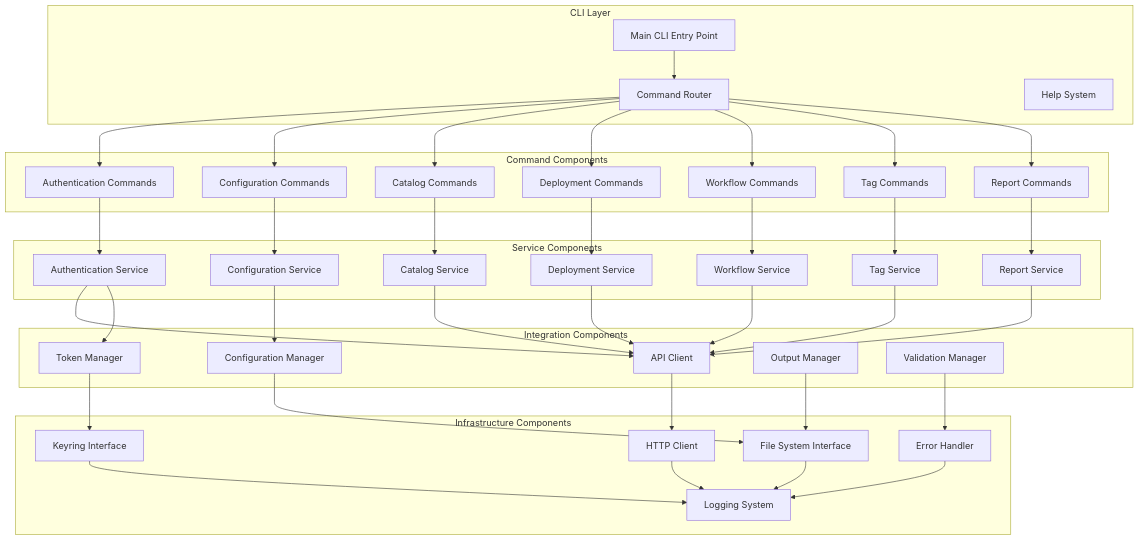
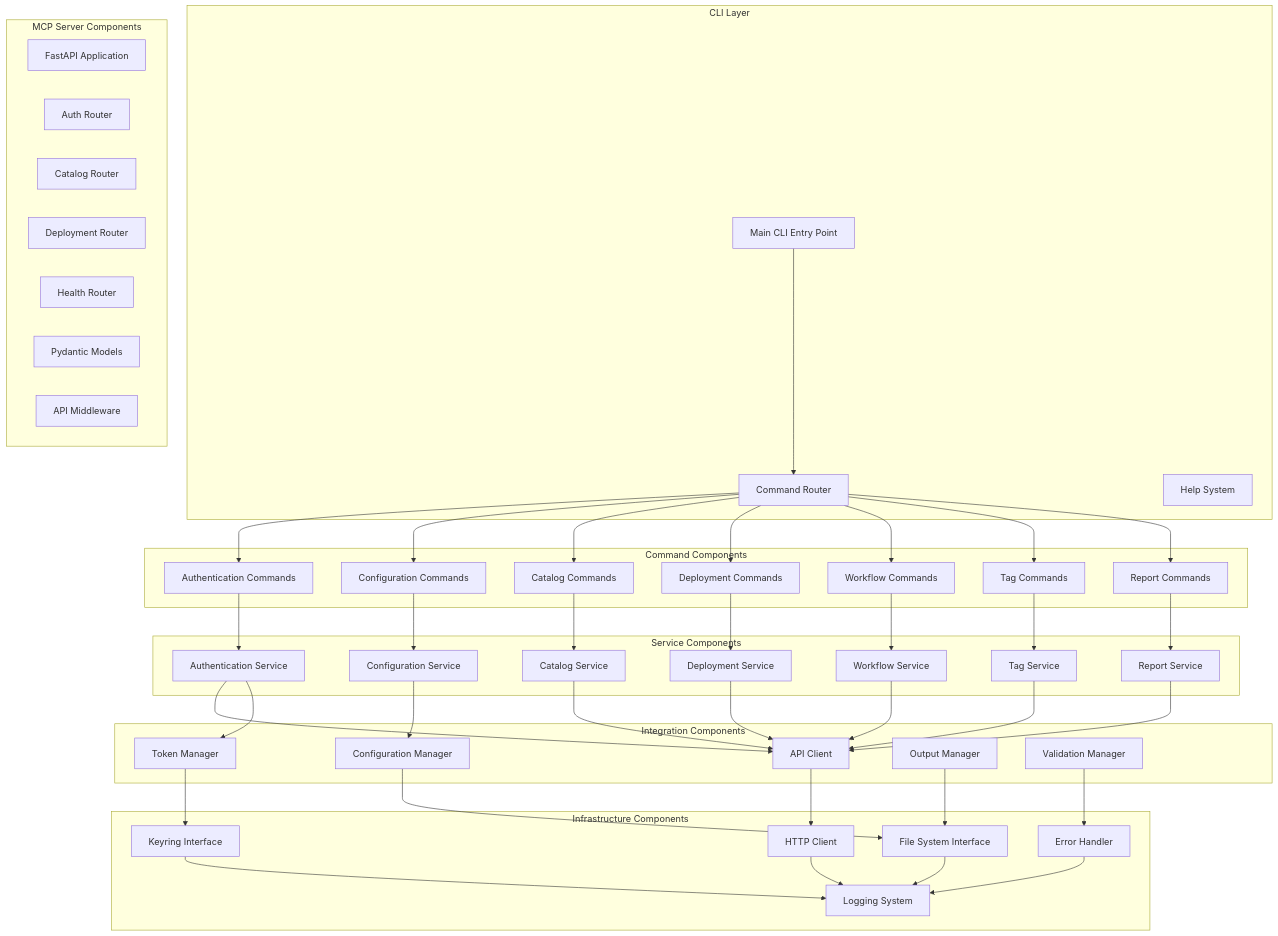
The first of 2 diagrams in docs/architecture-design/components-model.md (brunseba/tools-vmware-vra-cli), drawn with Mermaid before and after one commit. The commit also changed other lines of this file and 8 other files, not shown here.

```diff
--- a/docs/architecture-design/components-model.md
+++ b/docs/architecture-design/components-model.md
@@ -22,6 +22,16 @@
         WorkflowCmd[Workflow Commands]
         TagCmd[Tag Commands]
         ReportCmd[Report Commands]
+    end
+    
+    subgraph "MCP Server Components"
+        FastAPIApp[FastAPI Application]
+        AuthRouter[Auth Router]
+        CatalogRouter[Catalog Router]
+        DeploymentRouter[Deployment Router]
+        HealthRouter[Health Router]
+        MCPModels[Pydantic Models]
+        MCPMiddleware[API Middleware]
     end
     
     subgraph "Service Components"
```
